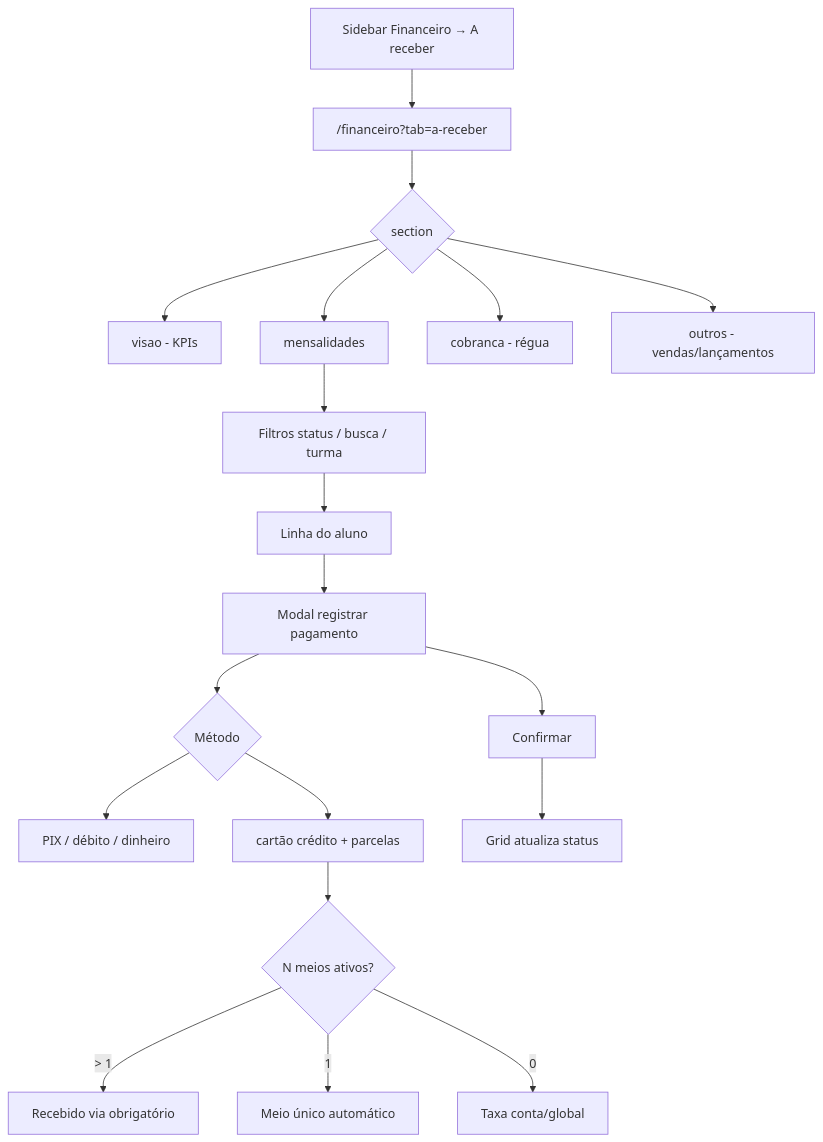
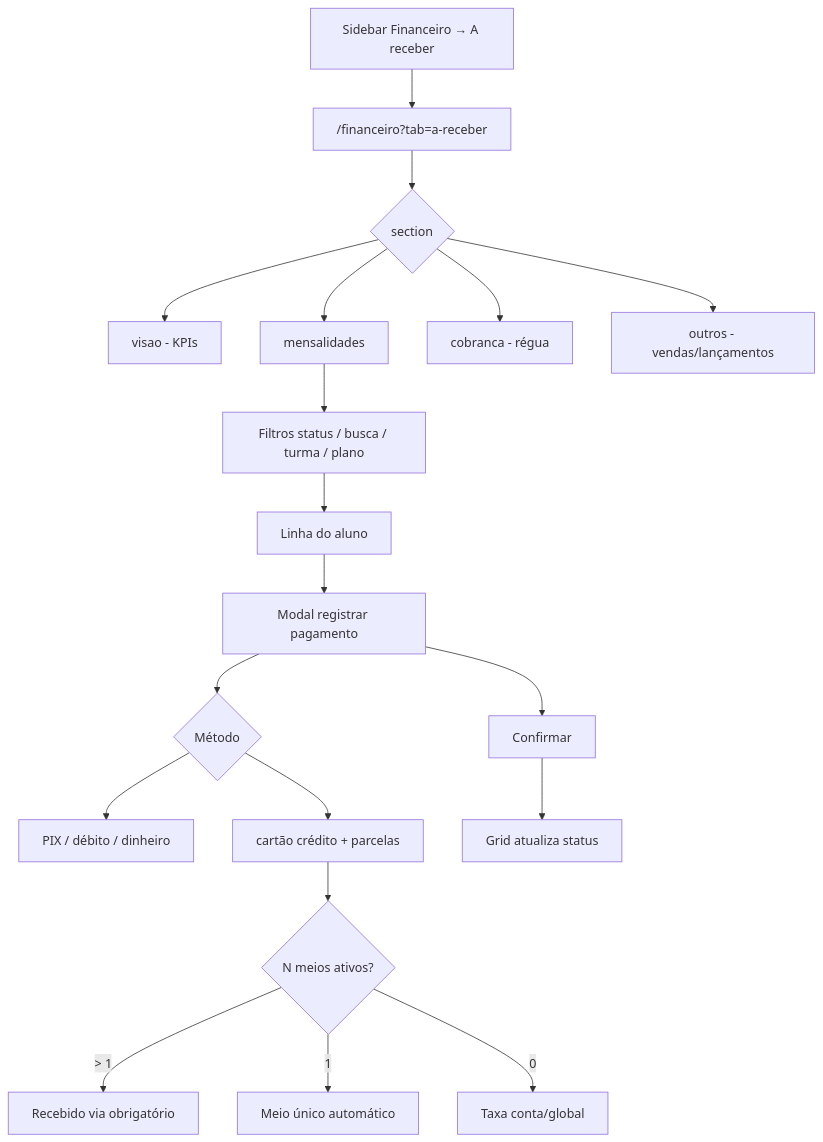
The diagram in docs/flows/financeiro/a-receber-mensalidades.md (brunaamaralp/bjj), drawn with Mermaid before and after one commit. The commit also changed other lines of this file and 14 other files, not shown here.

````diff
--- a/docs/flows/financeiro/a-receber-mensalidades.md
+++ b/docs/flows/financeiro/a-receber-mensalidades.md
@@ -35,21 +35,21 @@
 ```mermaid
 flowchart TD
   nav[Sidebar Financeiro → A receber] --> hub["/financeiro?tab=a-receber"]
   hub --> sections{section}
   sections --> visao[visao - KPIs]
   sections --> mens[mensalidades]
   sections --> cobr[cobranca - régua]
   sections --> outros[outros - vendas/lançamentos]
-  mens --> filter[Filtros status / busca / turma]
+  mens --> filter[Filtros status / busca / turma / plano]
   filter --> row[Linha do aluno]
   row --> payModal[Modal registrar pagamento]
   payModal --> method{Método}
   method --> pix[PIX / débito / dinheiro]
   method --> credito[cartão crédito + parcelas]
   credito --> capture{N meios ativos?}
   capture -->|> 1| recebidoVia[Recebido via obrigatório]
   capture -->|1| autoMeio[Meio único automático]
   capture -->|0| legado[Taxa conta/global]
   payModal --> confirm[Confirmar]
   confirm --> grid[Grid atualiza status]
 ```
````
